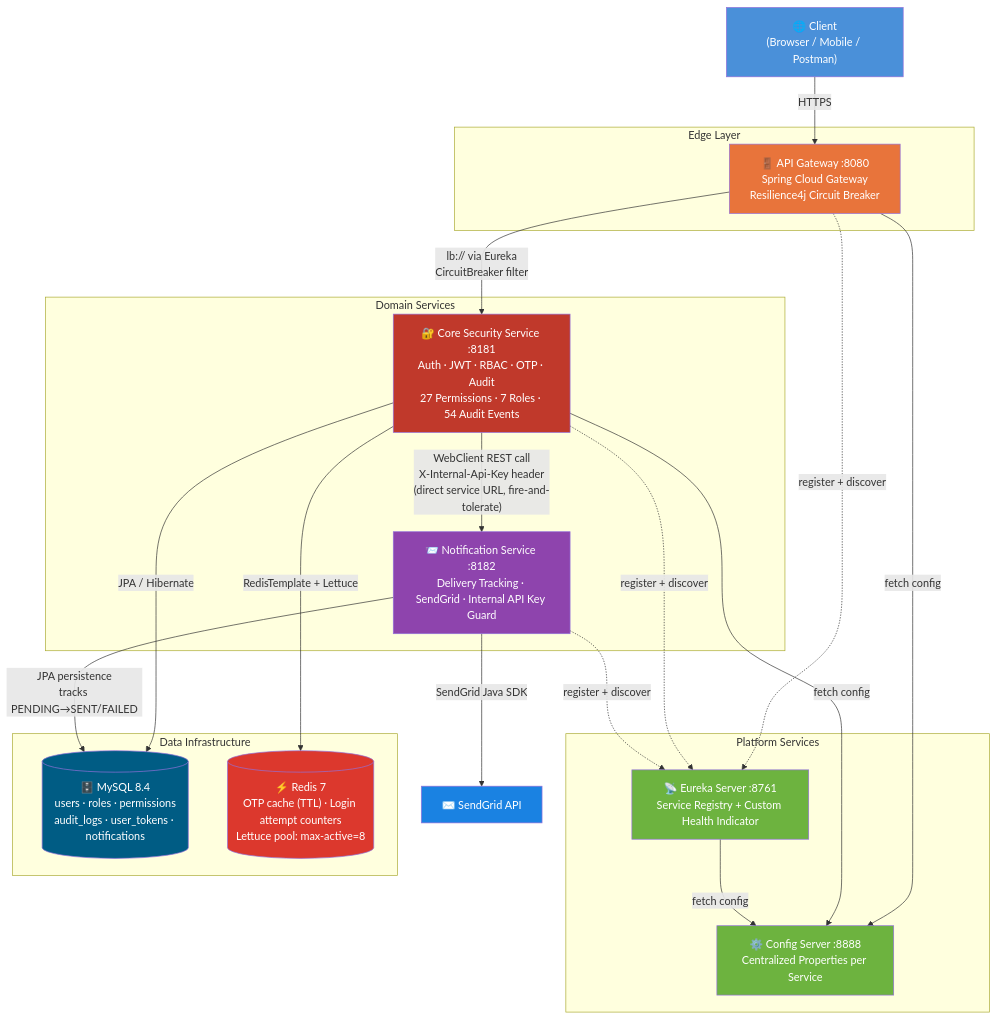
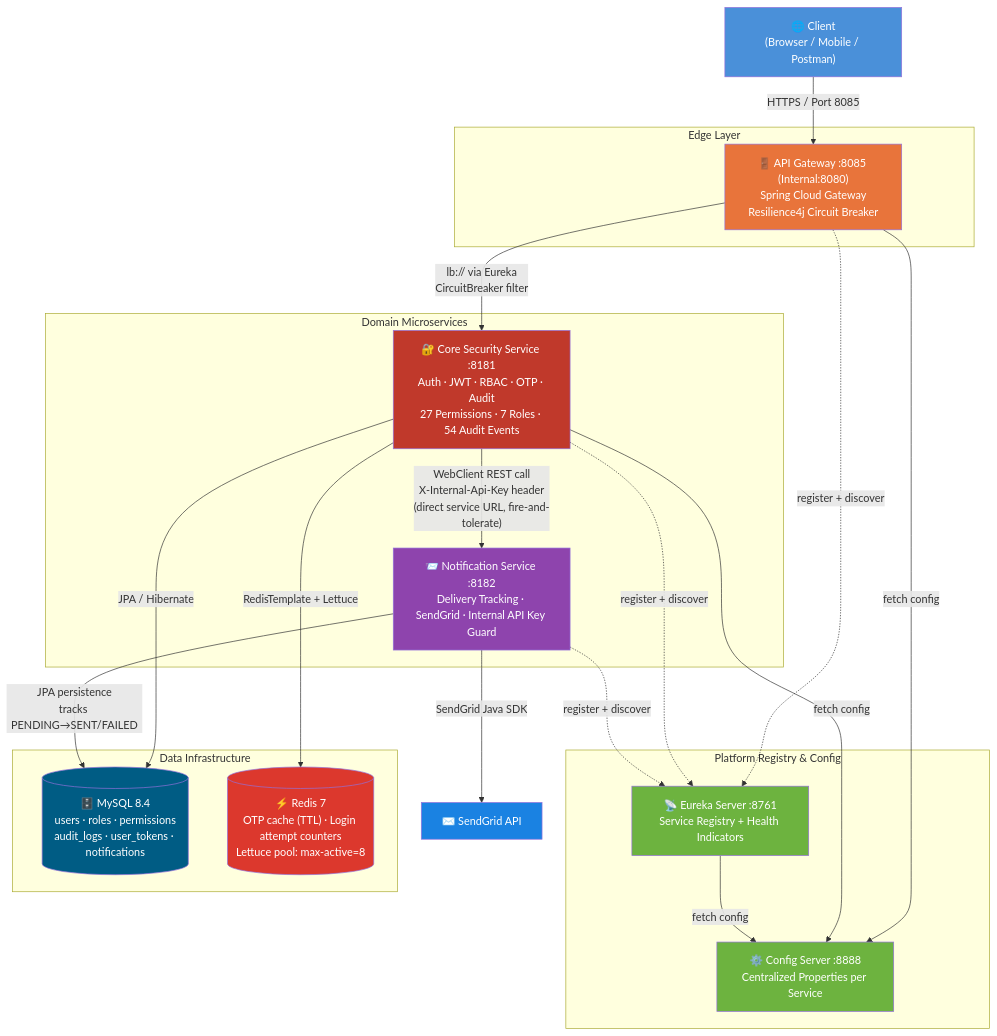
The first of 13 diagrams in README.md (amarenderreddyvoladri/production-prototype-security-template), drawn with Mermaid before and after one commit. The commit also changed other lines of this file, not shown here.

Commit message:
docs: update README with comprehensive system architecture, security hardening details, and 9-phase roadmap

````diff
--- a/README.md
+++ b/README.md
@@ -49,52 +54,52 @@
 ```mermaid
 graph TB
     Client["🌐 Client<br/>(Browser / Mobile / Postman)"]
 
     subgraph Edge["Edge Layer"]
-        GW["🚪 API Gateway :8080<br/>Spring Cloud Gateway<br/>Resilience4j Circuit Breaker"]
+        GW["🚪 API Gateway :8085 (Internal:8080)<br/>Spring Cloud Gateway<br/>Resilience4j Circuit Breaker"]
     end
 
-    subgraph Platform["Platform Services"]
-        EUREKA["📡 Eureka Server :8761<br/>Service Registry + Custom Health Indicator"]
+    subgraph Platform["Platform Registry & Config"]
+        EUREKA["📡 Eureka Server :8761<br/>Service Registry + Health Indicators"]
         CONFIG["⚙️ Config Server :8888<br/>Centralized Properties per Service"]
     end
 
-    subgraph Core["Domain Services"]
+    subgraph Core["Domain Microservices"]
         AUTH["🔐 Core Security Service :8181<br/>Auth · JWT · RBAC · OTP · Audit<br/>27 Permissions · 7 Roles · 54 Audit Events"]
         NOTIF["📨 Notification Service :8182<br/>Delivery Tracking · SendGrid · Internal API Key Guard"]
     end
 
     subgraph Data["Data Infrastructure"]
         MYSQL[("🗄️ MySQL 8.4<br/>users · roles · permissions<br/>audit_logs · user_tokens · notifications")]
         REDIS[("⚡ Redis 7<br/>OTP cache (TTL) · Login attempt counters<br/>Lettuce pool: max-active=8")]
     end
 
     SENDGRID["✉️ SendGrid API"]
 
-    Client -->|HTTPS| GW
+    Client -->|HTTPS / Port 8085| GW
     GW -->|"lb:// via Eureka<br/>CircuitBreaker filter"| AUTH
     GW -.->|register + discover| EUREKA
     AUTH -.->|register + discover| EUREKA
     NOTIF -.->|register + discover| EUREKA
 
     GW -->|fetch config| CONFIG
     AUTH -->|fetch config| CONFIG
     EUREKA -->|fetch config| CONFIG
 
     AUTH -->|JPA / Hibernate| MYSQL
     AUTH -->|RedisTemplate + Lettuce| REDIS
     AUTH -->|"WebClient REST call<br/>X-Internal-Api-Key header<br/>(direct service URL, fire-and-tolerate)"| NOTIF
 
     NOTIF -->|JPA persistence<br/>tracks PENDING→SENT/FAILED| MYSQL
     NOTIF -->|"SendGrid Java SDK"| SENDGRID
 
     style Client fill:#4A90D9,color:#fff
     style GW fill:#E8743B,color:#fff
     style EUREKA fill:#6DB33F,color:#fff
     style CONFIG fill:#6DB33F,color:#fff
     style AUTH fill:#C0392B,color:#fff
     style NOTIF fill:#8E44AD,color:#fff
     style MYSQL fill:#005C84,color:#fff
     style REDIS fill:#DC382D,color:#fff
     style SENDGRID fill:#1A82E2,color:#fff
 ```
````
